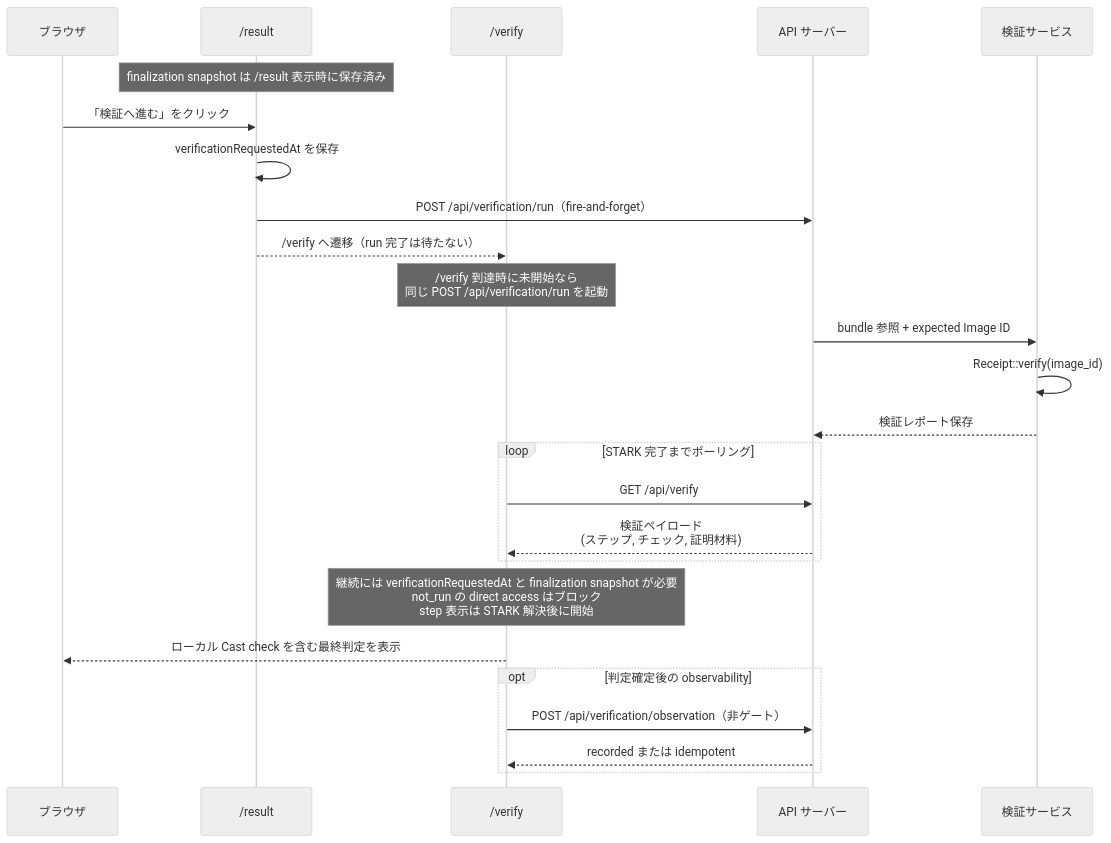
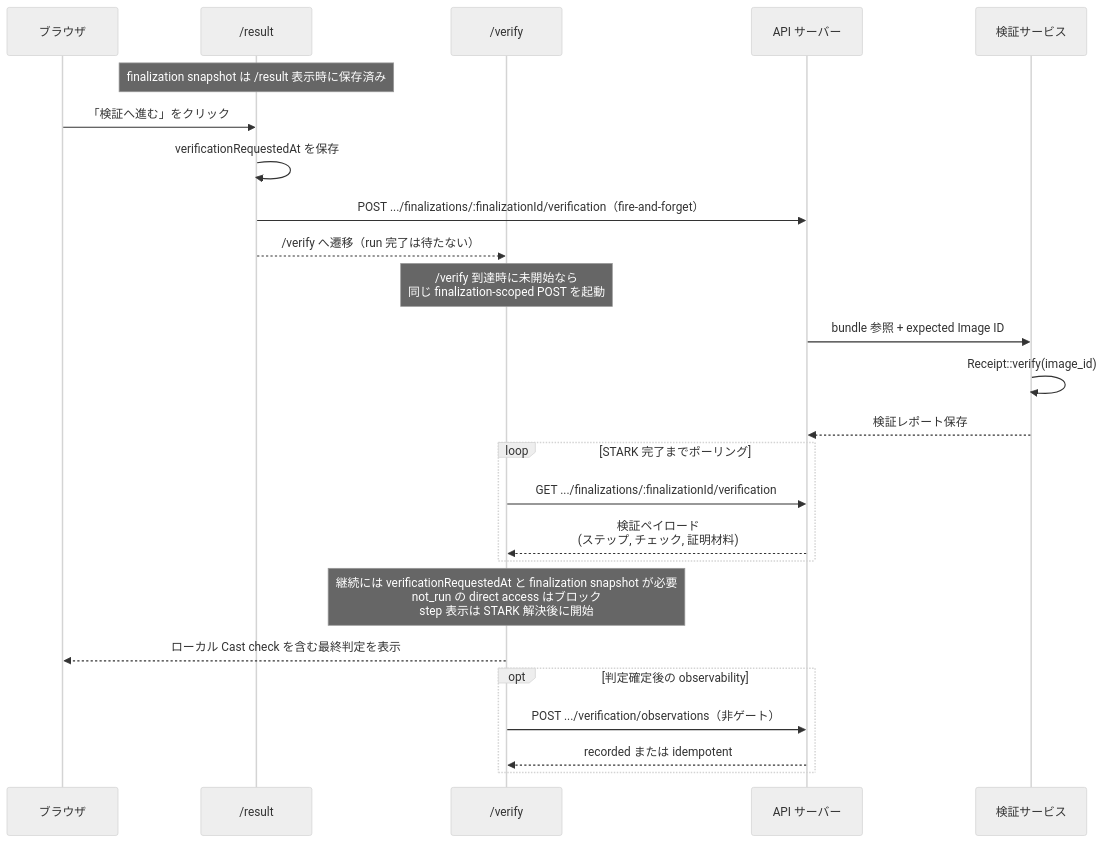
Before and after one commit to hwatanabe-jp/stark-ballot-simulator-public: the second of 2 diagrams in public-book/src/verification/design-and-flow.md, drawn with Mermaid (neutral theme). The commit also changed other lines of this file and 1001 other files, not shown here.

````diff
--- a/public-book/src/verification/design-and-flow.md
+++ b/public-book/src/verification/design-and-flow.md
@@ -75,33 +97,33 @@
 ```mermaid
 sequenceDiagram
   participant U as ブラウザ
   participant R as /result
   participant V as /verify
   participant A as API サーバー
   participant VS as 検証サービス
 
   Note over R: finalization snapshot は /result 表示時に保存済み
   U->>R: 「検証へ進む」をクリック
   R->>R: verificationRequestedAt を保存
-  R->>A: POST /api/verification/run（fire-and-forget）
+  R->>A: POST .../finalizations/:finalizationId/verification（fire-and-forget）
   R-->>V: /verify へ遷移（run 完了は待たない）
 
-  Note over V: /verify 到達時に未開始なら<br/>同じ POST /api/verification/run を起動
+  Note over V: /verify 到達時に未開始なら<br/>同じ finalization-scoped POST を起動
 
   A->>VS: bundle 参照 + expected Image ID
   VS->>VS: Receipt::verify(image_id)
   VS-->>A: 検証レポート保存
 
   loop STARK 完了までポーリング
-    V->>A: GET /api/verify
+    V->>A: GET .../finalizations/:finalizationId/verification
     A-->>V: 検証ペイロード<br/>(ステップ, チェック, 証明材料)
   end
 
   Note over V: 継続には verificationRequestedAt と finalization snapshot が必要<br/>not_run の direct access はブロック<br/>step 表示は STARK 解決後に開始
   V-->>U: ローカル Cast check を含む最終判定を表示
 
   opt 判定確定後の observability
-    V->>A: POST /api/verification/observation（非ゲート）
+    V->>A: POST .../verification/observations（非ゲート）
     A-->>V: recorded または idempotent
   end
 ```
````
